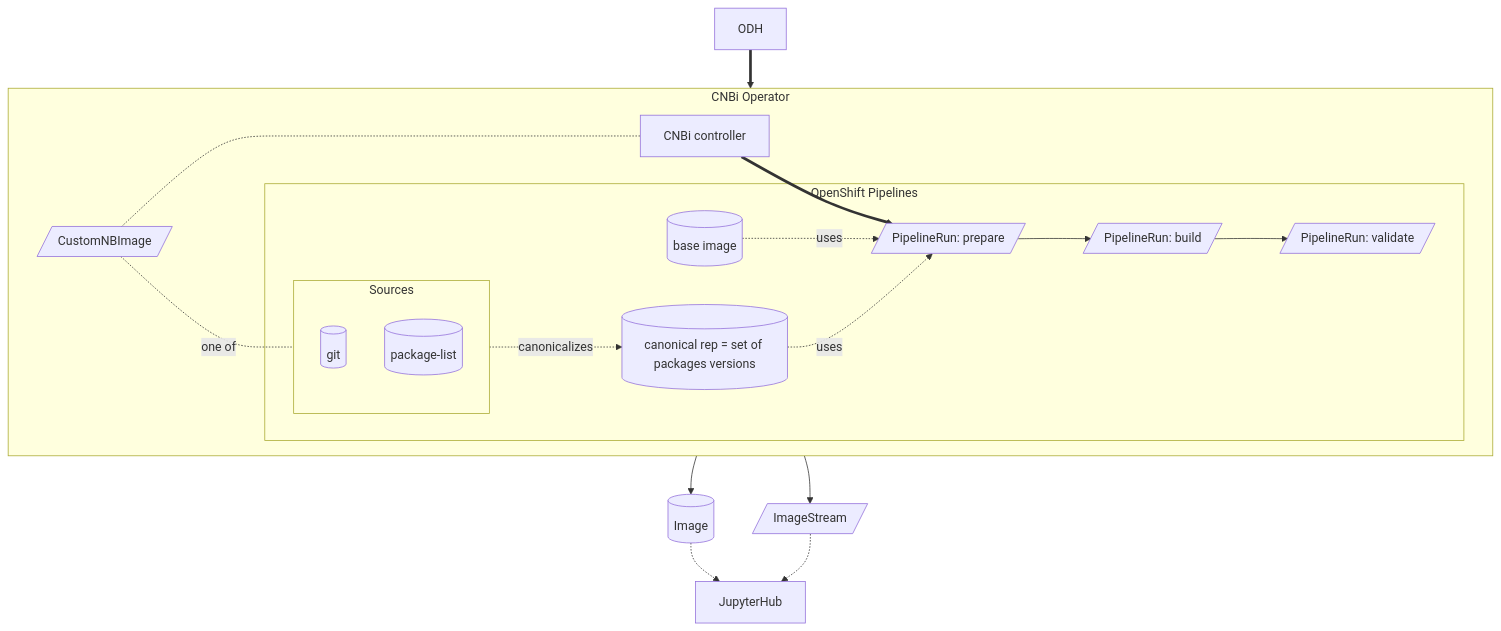
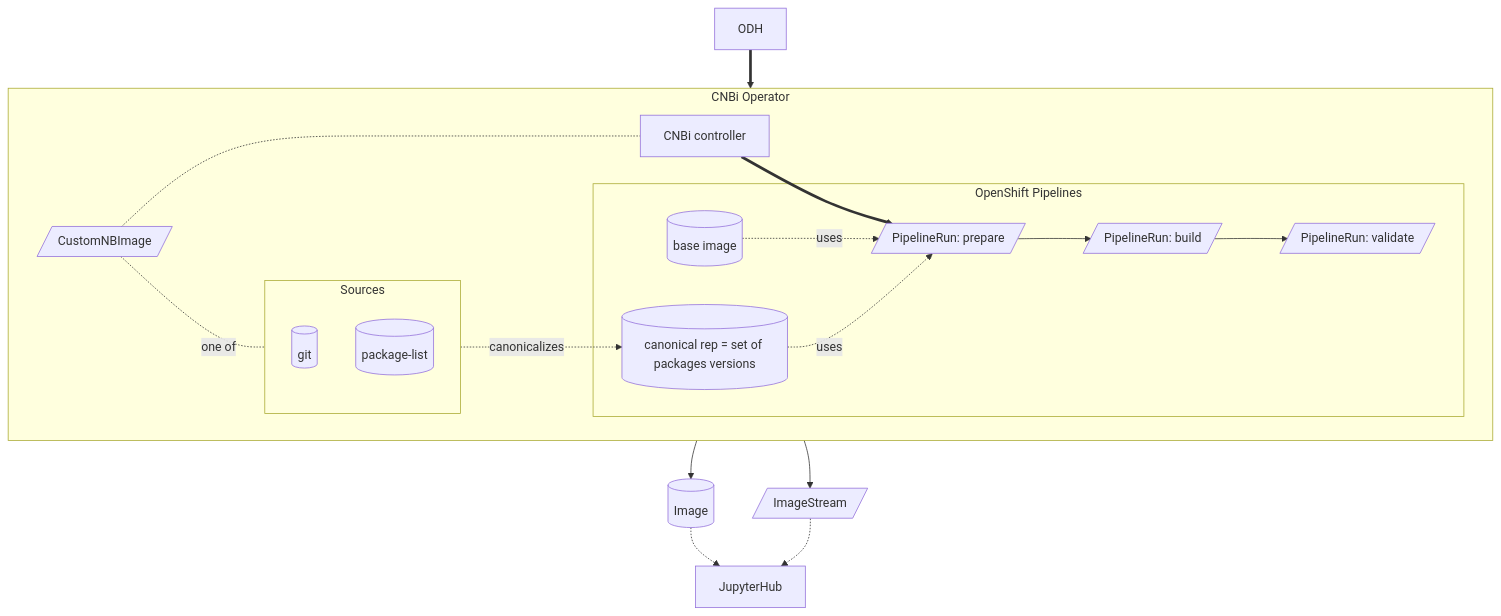
The second of 6 diagrams in README.md (thoth-station/opendatahub-cnbi), drawn with Mermaid before and after one commit.

Commit message:
placement

````diff
--- a/README.md
+++ b/README.md
@@ -64,19 +64,19 @@
 ```mermaid
 flowchart TB
     O[ODH] ==> CR[/CustomNBImage/]
     subgraph CNBi Operator
         direction LR
         CR -.- C[CNBi controller] ==> PRprepare[/PipelineRun: prepare/]
         subgraph Sources
             S[(git)] & p[(package-list)]
         end
         CR -.one of.-Sources
+        Sources -.canonicalizes.-> Crep
         subgraph OpenShift Pipelines
-            Sources -.canonicalizes.-> Crep
             B[(base image)] & Crep[(canonical rep = set of packages versions)] -.uses.-> PRprepare
             PRprepare --> PRbuild[/PipelineRun: build/]
             PRbuild --> PRvalidate[/PipelineRun: validate/]
         end
     end
     PRvalidate --> I[(Image)] & IS[/ImageStream/] -.-> JH[JupyterHub]
 ```
````
